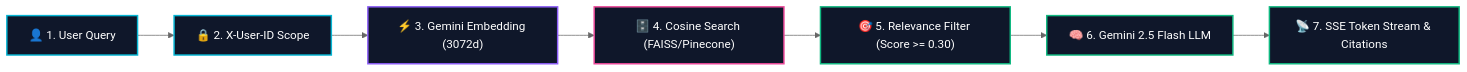
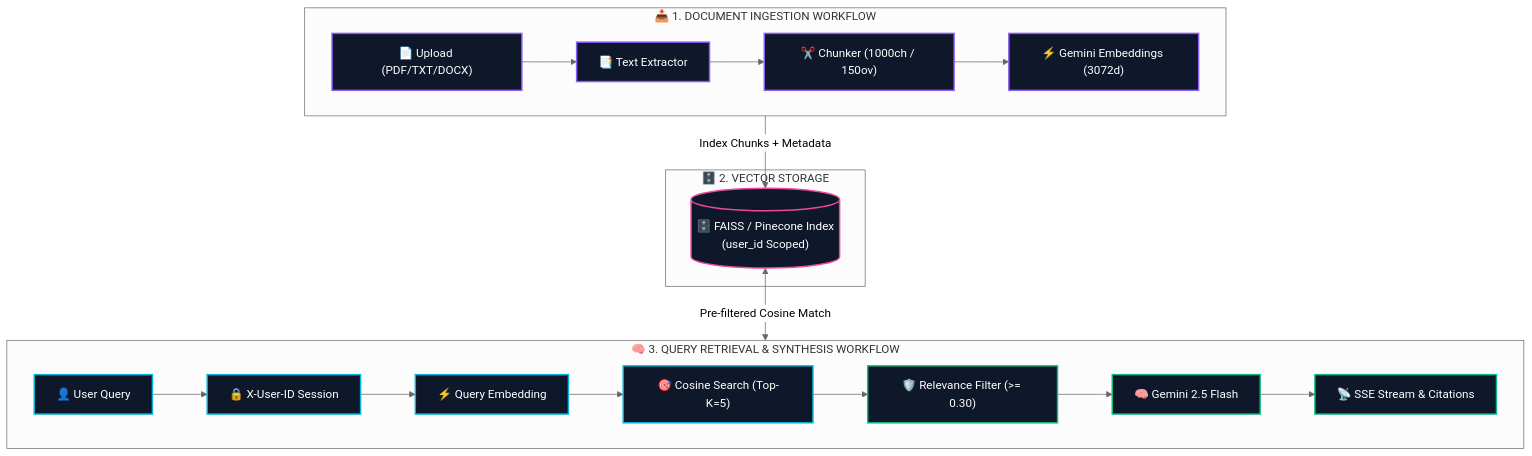
The diagram in README.md (Ganu39/NexusAI_RAG_ChatBot), drawn with Mermaid (neutral theme) before and after one commit. The commit also changed other lines of this file, not shown here.

Commit message:
docs(readme): upgrade end-to-end RAG pipeline workflow diagram and architecture link

````diff
--- a/README.md
+++ b/README.md
@@ -26,14 +26,36 @@
 ```mermaid
-flowchart LR
-    classDef cyanNode fill:#0f172a,stroke:#06b6d4,stroke-width:2px,color:#fff;
-    classDef purpleNode fill:#0f172a,stroke:#8b5cf6,stroke-width:2px,color:#fff;
-    classDef pinkNode fill:#0f172a,stroke:#ec4899,stroke-width:2px,color:#fff;
-    classDef emeraldNode fill:#0f172a,stroke:#10b981,stroke-width:2px,color:#fff;
+flowchart TD
+    %% Styling Configuration
+    classDef ingestNode fill:#0f172a,stroke:#8b5cf6,stroke-width:2px,color:#fff;
+    classDef queryNode fill:#0f172a,stroke:#06b6d4,stroke-width:2px,color:#fff;
+    classDef vectorNode fill:#0f172a,stroke:#ec4899,stroke-width:2px,color:#fff;
+    classDef genNode fill:#0f172a,stroke:#10b981,stroke-width:2px,color:#fff;
 
-    A["👤 1. User Query"]:::cyanNode --> B["🔒 2. X-User-ID Scope"]:::cyanNode
-    B --> C["⚡ 3. Gemini Embedding (3072d)"]:::purpleNode
-    C --> D["🗄️ 4. Cosine Search (FAISS/Pinecone)"]:::pinkNode
-    D --> E["🎯 5. Relevance Filter (Score >= 0.30)"]:::emeraldNode
-    E --> F["🧠 6. Gemini 2.5 Flash LLM"]:::emeraldNode
-    F --> G["📡 7. SSE Token Stream & Citations"]:::emeraldNode
+    %% Ingestion Track
+    subgraph INGEST ["📥 1. DOCUMENT INGESTION WORKFLOW"]
+        direction LR
+        DOC["📄 Upload (PDF/TXT/DOCX)"]:::ingestNode --> EXTRACT["📑 Text Extractor"]:::ingestNode
+        EXTRACT --> CHUNK["✂️ Chunker (1000ch / 150ov)"]:::ingestNode
+        CHUNK --> BATCH_EMB["⚡ Gemini Embeddings (3072d)"]:::ingestNode
+    end
+
+    %% Storage Node
+    subgraph STORAGE ["🗄️ 2. VECTOR STORAGE"]
+        VEC_DB[("🗄️ FAISS / Pinecone Index<br/>(user_id Scoped)")]:::vectorNode
+    end
+
+    %% Query & Retrieval Track
+    subgraph QUERY ["🧠 3. QUERY RETRIEVAL & SYNTHESIS WORKFLOW"]
+        direction LR
+        Q_IN["👤 User Query"]:::queryNode --> Q_AUTH["🔒 X-User-ID Session"]:::queryNode
+        Q_AUTH --> Q_EMB["⚡ Query Embedding"]:::queryNode
+        Q_EMB --> Q_SEARCH["🎯 Cosine Search (Top-K=5)"]:::queryNode
+        Q_SEARCH --> Q_FILTER["🛡️ Relevance Filter (>= 0.30)"]:::genNode
+        Q_FILTER --> Q_LLM["🧠 Gemini 2.5 Flash"]:::genNode
+        Q_LLM --> Q_STREAM["📡 SSE Stream & Citations"]:::genNode
+    end
+
+    %% Cross-Pipeline Connections
+    BATCH_EMB -->|"Index Chunks + Metadata"| VEC_DB
+    VEC_DB <-->|"Pre-filtered Cosine Match"| Q_SEARCH
 ```
````
